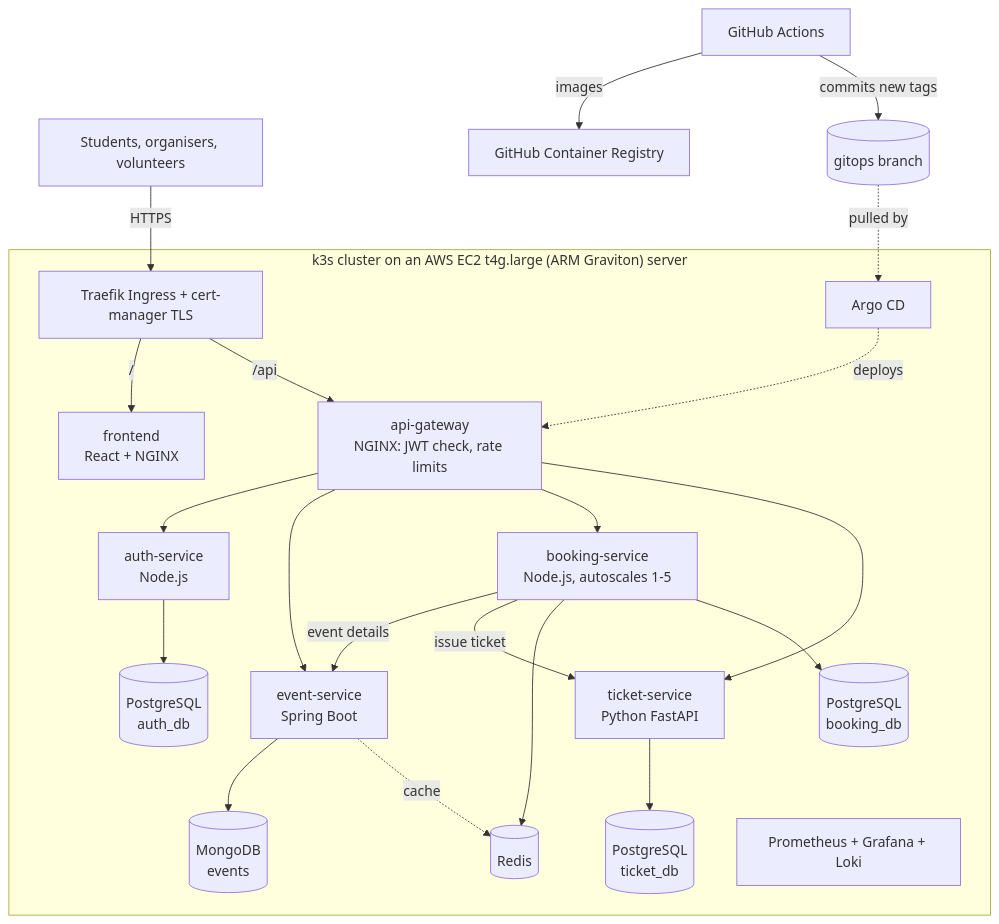
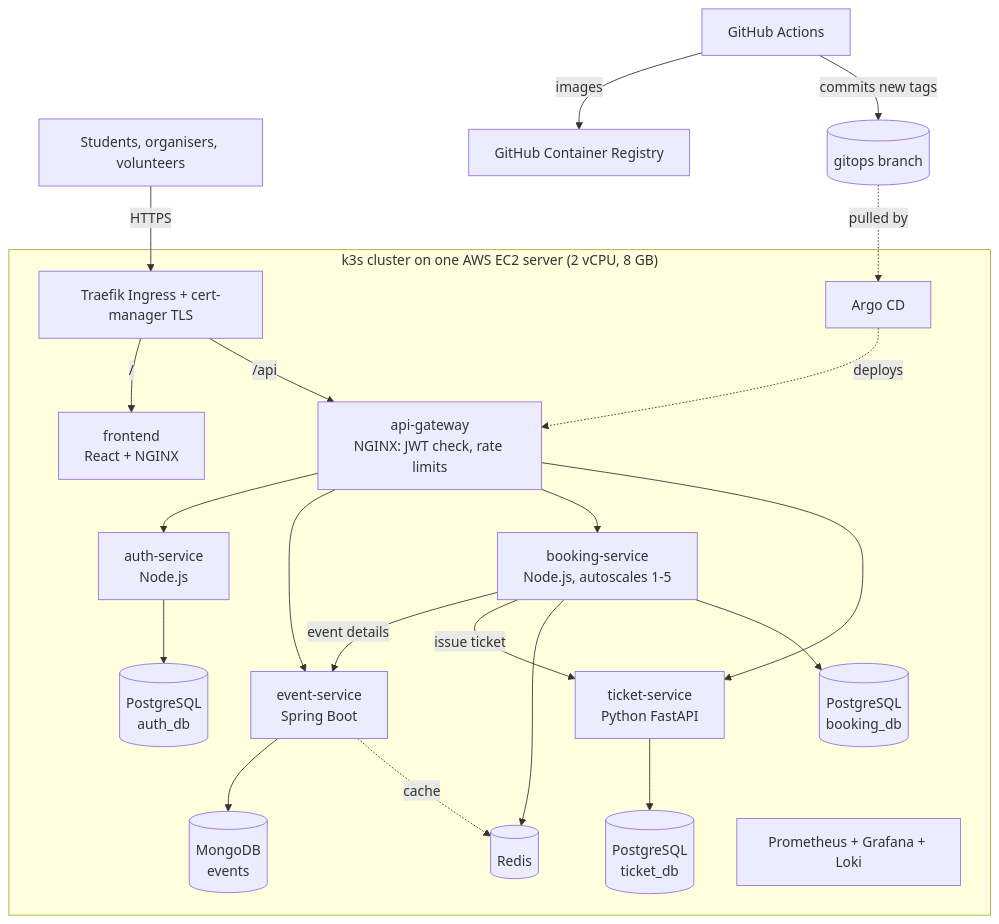
Before and after one commit to SnHr1707/campuspass: the diagram in README.md, drawn with Mermaid. The commit also changed 5 other files, not shown here.

Commit message:
Fix AWS rule descriptions and support Free plan m7i-flex.large instances

````diff
--- a/README.md
+++ b/README.md
@@ -19,25 +19,25 @@
 ```mermaid
 flowchart TB
     U[Students, organisers, volunteers] -->|HTTPS| I[Traefik Ingress + cert-manager TLS]
-    subgraph k3s["k3s cluster on an AWS EC2 t4g.large (ARM Graviton) server"]
+    subgraph k3s["k3s cluster on one AWS EC2 server (2 vCPU, 8 GB)"]
         I -->|/| FE[frontend<br/>React + NGINX]
         I -->|/api| GW[api-gateway<br/>NGINX: JWT check, rate limits]
         GW --> AUTH[auth-service<br/>Node.js]
         GW --> EV[event-service<br/>Spring Boot]
         GW --> BK[booking-service<br/>Node.js, autoscales 1-5]
         GW --> TK[ticket-service<br/>Python FastAPI]
         BK -->|event details| EV
         BK -->|issue ticket| TK
         AUTH --> PG1[(PostgreSQL<br/>auth_db)]
         EV --> MG[(MongoDB<br/>events)]
         EV -.cache.-> RD[(Redis)]
         BK --> RD
         BK --> PG2[(PostgreSQL<br/>booking_db)]
         TK --> PG3[(PostgreSQL<br/>ticket_db)]
         ARGO[Argo CD] -.deploys.-> GW
         MON[Prometheus + Grafana + Loki]
     end
     GH[GitHub Actions] -->|images| GHCR[GitHub Container Registry]
     GH -->|commits new tags| GIT[(gitops branch)]
     GIT -.pulled by.-> ARGO
 ```
````
